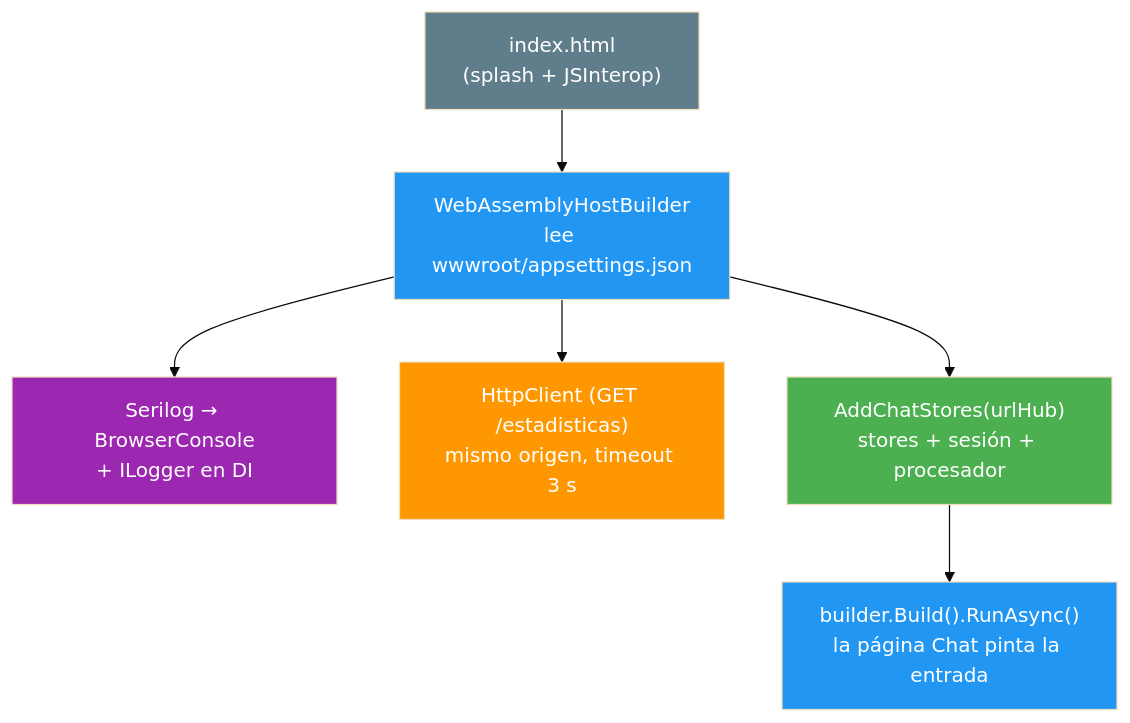
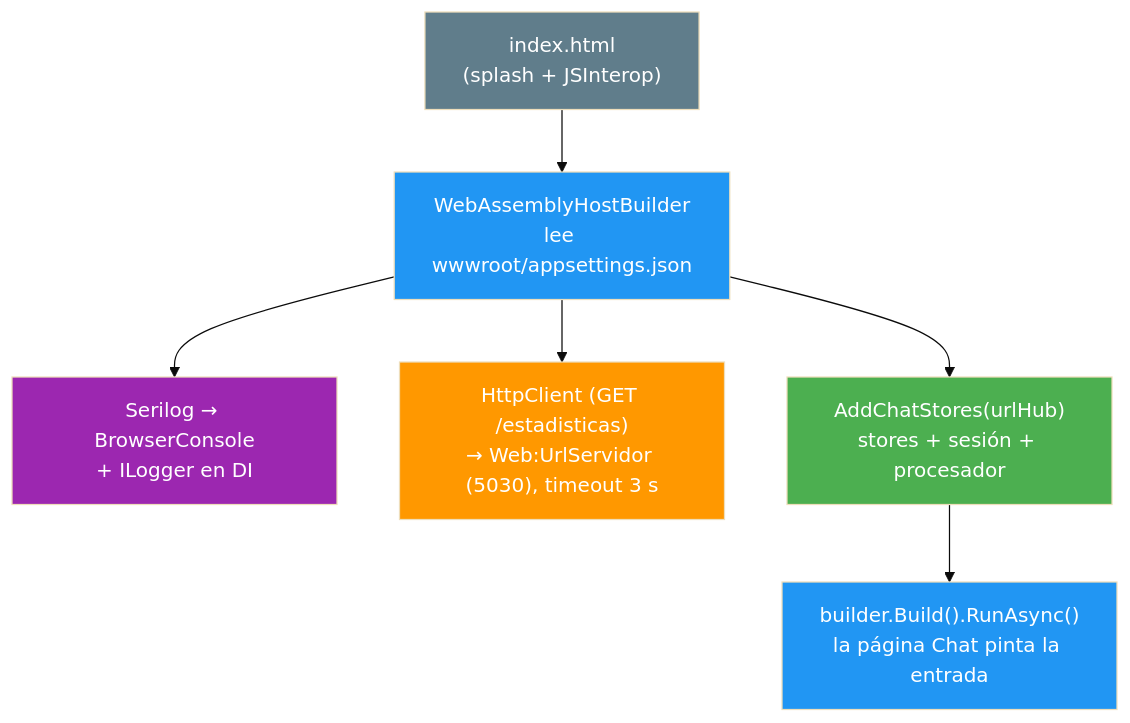
One commit to joseluisgs/AulaChatNet changed the second of 11 diagrams in docs/03-cliente-blazor.md. Above: the diagram before and after it, drawn with Mermaid (base theme). The commit also changed other lines of this file, not shown here.

First line of the commit message:
docs: la web en su propio proceso en docs/03

````diff
--- a/docs/03-cliente-blazor.md
+++ b/docs/03-cliente-blazor.md
@@ -108,15 +108,15 @@
 ```mermaid
 flowchart TD
     H["index.html<br/>(splash + JSInterop)"] --> B["WebAssemblyHostBuilder<br/>lee wwwroot/appsettings.json"]
     B --> S["Serilog → BrowserConsole<br/>+ ILogger en DI"]
-    B --> C["HttpClient (GET /estadisticas)<br/>mismo origen, timeout 3 s"]
+    B --> C["HttpClient (GET /estadisticas)<br/>→ Web:UrlServidor (5030), timeout 3 s"]
     B --> D["AddChatStores(urlHub)<br/>stores + sesión + procesador"]
     D --> R["builder.Build().RunAsync()<br/>la página Chat pinta la entrada"]
 
     style H fill:#607D8B,color:#fff
     style B fill:#2196F3,color:#fff
     style S fill:#9C27B0,color:#fff
     style C fill:#FF9800,color:#fff
     style D fill:#4CAF50,color:#fff
     style R fill:#2196F3,color:#fff
 ```
````
